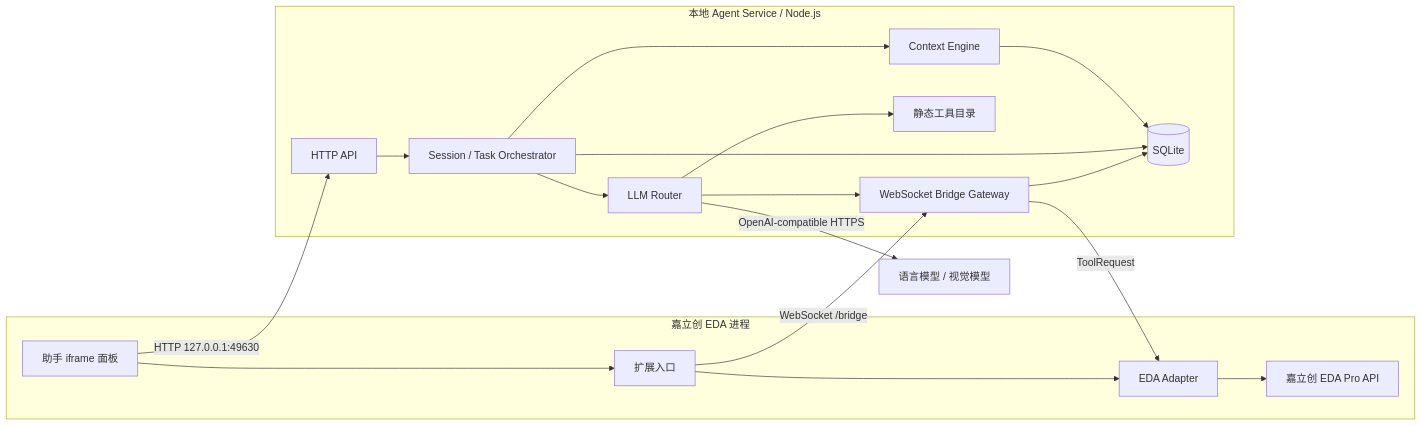
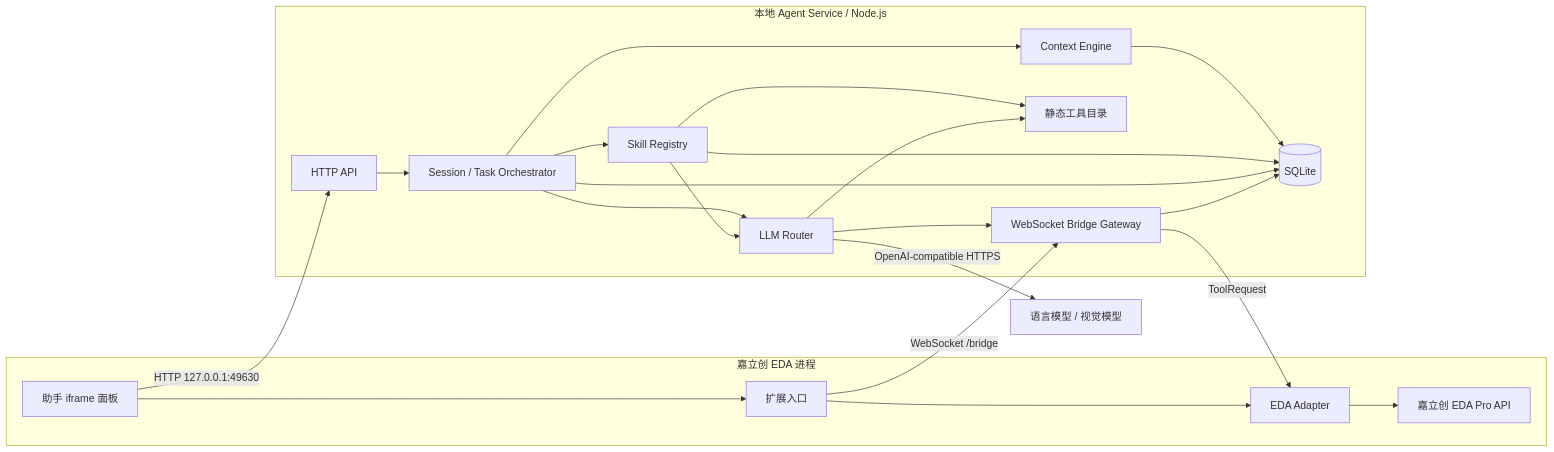
One commit to ferren/JLCircuit-Agent changed the second of 7 diagrams in docs/current-architecture.md. Above: the diagram before and after it, drawn with Mermaid. The commit also changed other lines of this file and 15 other files, not shown here.

Commit message:
feat: add declarative skill registry

````diff
--- a/docs/current-architecture.md
+++ b/docs/current-architecture.md
@@ -38,36 +176,41 @@
 ```mermaid
 flowchart LR
     subgraph EDA[嘉立创 EDA 进程]
         UI[助手 iframe 面板]
         EXT[扩展入口]
         ADAPTER[EDA Adapter]
         API[嘉立创 EDA Pro API]
         UI --> EXT
         EXT --> ADAPTER
         ADAPTER --> API
     end
 
     subgraph LOCAL[本地 Agent Service / Node.js]
         HTTP[HTTP API]
         SESSION[Session / Task Orchestrator]
         CONTEXT[Context Engine]
+        SKILLS[Skill Registry]
         LLM[LLM Router]
         CATALOG[静态工具目录]
         BRIDGE[WebSocket Bridge Gateway]
         STORE[(SQLite)]
 
         HTTP --> SESSION
         SESSION --> CONTEXT
         CONTEXT --> STORE
         SESSION --> LLM
+        SESSION --> SKILLS
+        SKILLS --> LLM
+        SKILLS --> CATALOG
+        SKILLS --> STORE
         LLM --> CATALOG
         LLM --> BRIDGE
         SESSION --> STORE
         BRIDGE --> STORE
     end
 
     UI -- HTTP 127.0.0.1:49630 --> HTTP
     EXT -- WebSocket /bridge --> BRIDGE
     BRIDGE -- ToolRequest --> ADAPTER
     LLM -- OpenAI-compatible HTTPS --> PROVIDER[语言模型 / 视觉模型]
 ```
````
